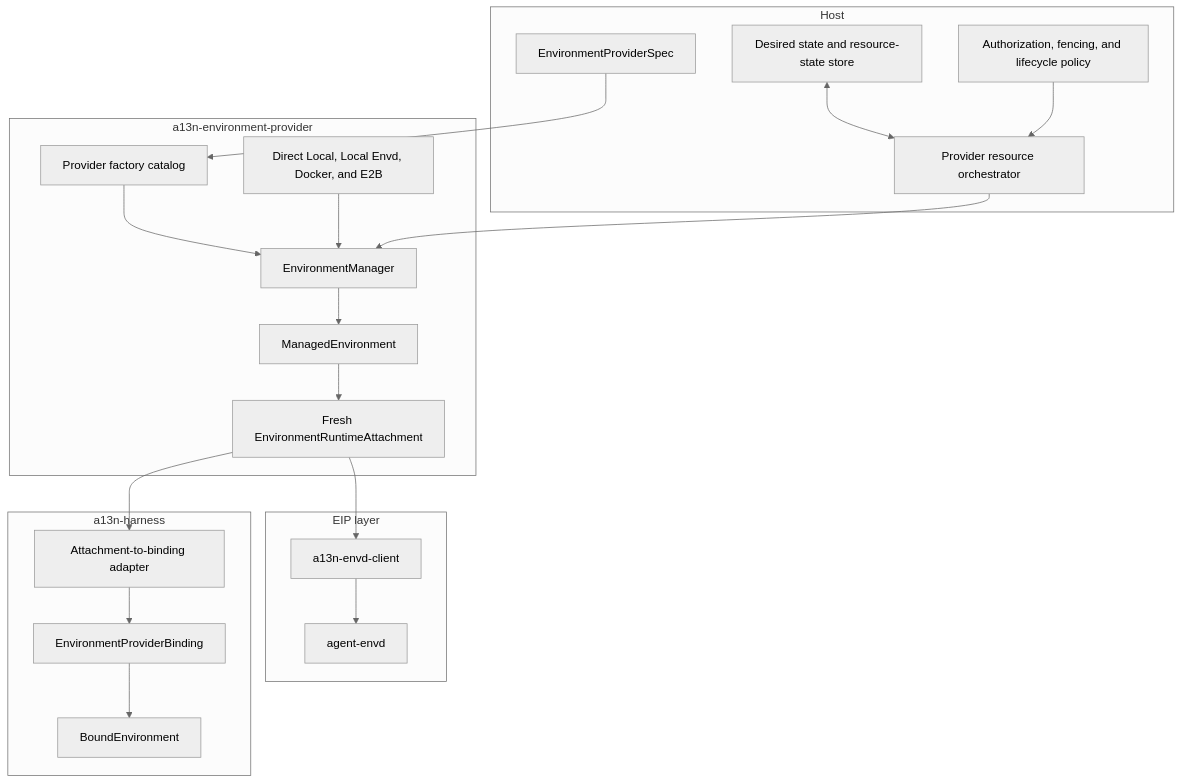
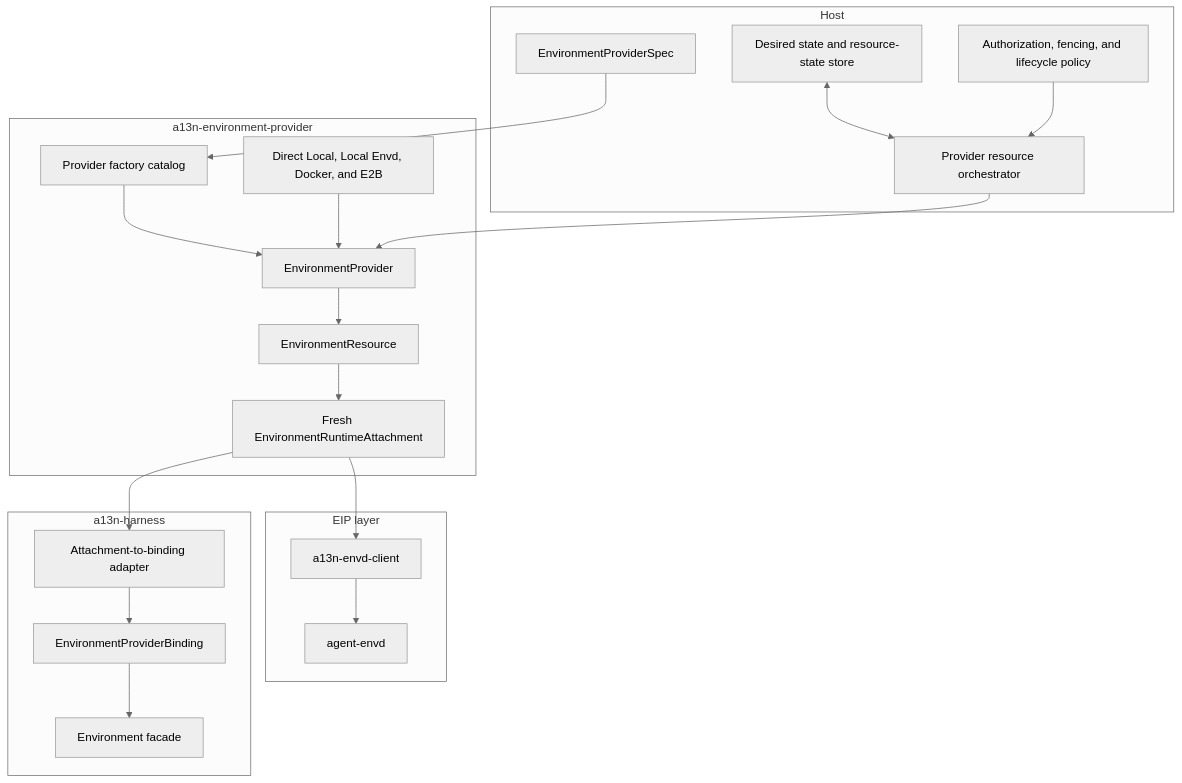
The first of 2 diagrams in spec/agent-environment-provider/00-overview.md (LTThreeComma/agent-foundation), drawn with Mermaid (neutral theme) before and after one commit. The commit also changed other lines of this file and 125 other files, not shown here.

````diff
--- a/spec/agent-environment-provider/00-overview.md
+++ b/spec/agent-environment-provider/00-overview.md
@@ -17,35 +17,35 @@
 ```mermaid
 flowchart TB
     subgraph Host[Host]
         Definition[EnvironmentProviderSpec]
         Store[Desired state and resource-state store]
         Policy[Authorization, fencing, and lifecycle policy]
         Orchestrator[Provider resource orchestrator]
     end
 
     subgraph ProviderPackage[a13n-environment-provider]
         Catalog[Provider factory catalog]
-        Manager[EnvironmentManager]
-        Resource[ManagedEnvironment]
+        Provider[EnvironmentProvider]
+        Resource[EnvironmentResource]
         Attachment[Fresh EnvironmentRuntimeAttachment]
         Builtins[Direct Local, Local Envd, Docker, and E2B]
     end
 
     subgraph Harness[a13n-harness]
         Adapter[Attachment-to-binding adapter]
         Binding[EnvironmentProviderBinding]
-        Environment[BoundEnvironment]
+        Environment[Environment facade]
     end
 
     subgraph EIPLayer[EIP layer]
         Client[a13n-envd-client]
         Envd[agent-envd]
     end
 
-    Definition --> Catalog --> Manager
-    Policy --> Orchestrator --> Manager
+    Definition --> Catalog --> Provider
+    Policy --> Orchestrator --> Provider
     Store <--> Orchestrator
-    Manager --> Resource --> Attachment --> Adapter --> Binding --> Environment
-    Builtins --> Manager
+    Provider --> Resource --> Attachment --> Adapter --> Binding --> Environment
+    Builtins --> Provider
     Attachment --> Client --> Envd
 ```
````
